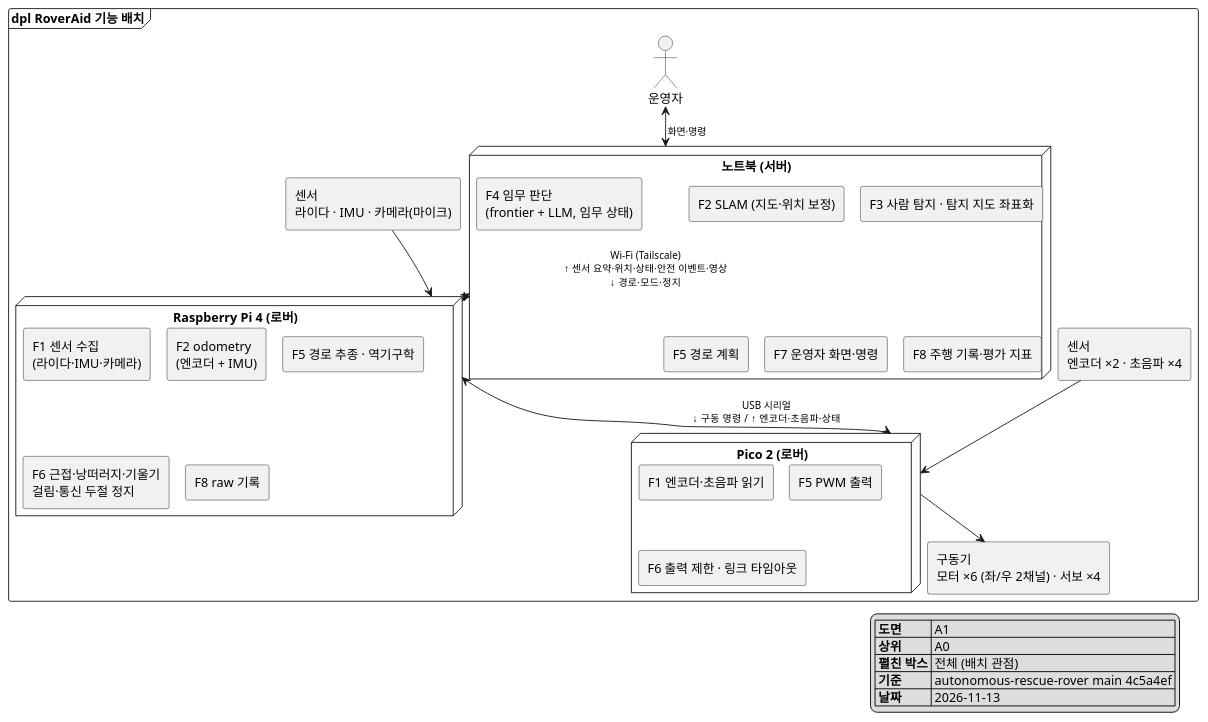
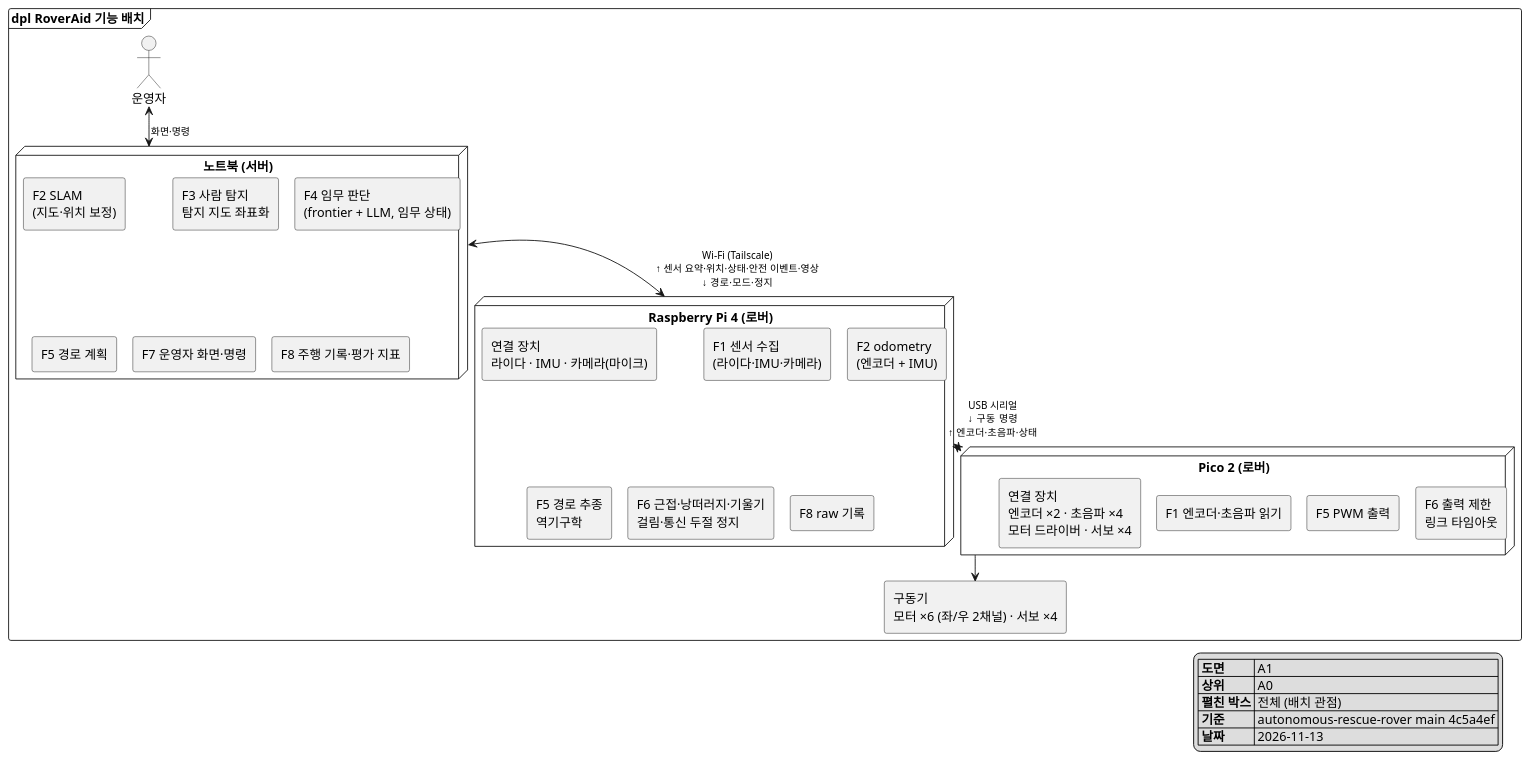
Before and after one commit to Ruysong/autonomous-rescue-rover: the diagram in docs/architecture/A1_allocation.puml, drawn with PlantUML. The commit also changed 5 other files, not shown here.

```diff
--- a/docs/architecture/A1_allocation.puml
+++ b/docs/architecture/A1_allocation.puml
@@ -1,53 +1,65 @@
 @startuml A1_allocation
 !pragma layout smetana
 skinparam monochrome true
 skinparam shadowing false
 skinparam defaultFontName "Malgun Gothic"
 skinparam ArrowFontSize 11
+top to bottom direction
 
 frame "dpl RoverAid 기능 배치" {
   actor "운영자" as OP
 
   node "노트북 (서버)" as LAP {
-    rectangle "F2 SLAM (지도·위치 보정)" as L2
-    rectangle "F3 사람 탐지 · 탐지 지도 좌표화" as L3
+    rectangle "F2 SLAM\n(지도·위치 보정)" as L2
+    rectangle "F3 사람 탐지\n탐지 지도 좌표화" as L3
     rectangle "F4 임무 판단\n(frontier + LLM, 임무 상태)" as L4
     rectangle "F5 경로 계획" as L5
     rectangle "F7 운영자 화면·명령" as L7
     rectangle "F8 주행 기록·평가 지표" as L8
+    L2 -[hidden]right- L3
+    L3 -[hidden]right- L4
+    L2 -[hidden]down- L5
+    L5 -[hidden]right- L7
+    L7 -[hidden]right- L8
   }
 
   node "Raspberry Pi 4 (로버)" as PI {
+    rectangle "연결 장치\n라이다 · IMU · 카메라(마이크)" as PD
     rectangle "F1 센서 수집\n(라이다·IMU·카메라)" as P1
     rectangle "F2 odometry\n(엔코더 + IMU)" as P2
-    rectangle "F5 경로 추종 · 역기구학" as P5
+    rectangle "F5 경로 추종\n역기구학" as P5
     rectangle "F6 근접·낭떠러지·기울기\n걸림·통신 두절 정지" as P6
     rectangle "F8 raw 기록" as P8
+    PD -[hidden]right- P1
+    P1 -[hidden]right- P2
+    PD -[hidden]down- P5
+    P5 -[hidden]right- P6
+    P6 -[hidden]right- P8
   }
 
   node "Pico 2 (로버)" as PICO {
+    rectangle "연결 장치\n엔코더 ×2 · 초음파 ×4\n모터 드라이버 · 서보 ×4" as CD
     rectangle "F1 엔코더·초음파 읽기" as C1
     rectangle "F5 PWM 출력" as C5
-    rectangle "F6 출력 제한 · 링크 타임아웃" as C6
+    rectangle "F6 출력 제한\n링크 타임아웃" as C6
+    CD -[hidden]right- C1
+    C1 -[hidden]right- C5
+    C5 -[hidden]right- C6
   }
 
-  rectangle "센서\n라이다 · IMU · 카메라(마이크)" as SENS_PI
-  rectangle "센서\n엔코더 ×2 · 초음파 ×4" as SENS_PICO
   rectangle "구동기\n모터 ×6 (좌/우 2채널) · 서보 ×4" as ACT
 
-  OP <--> LAP : 화면·명령
-  LAP <--> PI : Wi-Fi (Tailscale)\n↑ 센서 요약·위치·상태·안전 이벤트·영상\n↓ 경로·모드·정지
-  PI <--> PICO : USB 시리얼\n↓ 구동 명령 / ↑ 엔코더·초음파·상태
-  SENS_PI --> PI
-  SENS_PICO --> PICO
-  PICO --> ACT
+  OP <-down-> LAP : 화면·명령
+  LAP <-down-> PI : Wi-Fi (Tailscale)\n↑ 센서 요약·위치·상태·안전 이벤트·영상\n↓ 경로·모드·정지
+  PI <-down-> PICO : USB 시리얼\n↓ 구동 명령\n↑ 엔코더·초음파·상태
+  PICO -down-> ACT
 }
 
 legend bottom right
   |= 도면 | A1 |
   |= 상위 | A0 |
   |= 펼친 박스 | 전체 (배치 관점) |
   |= 기준 | autonomous-rescue-rover main 4c5a4ef |
   |= 날짜 | 2026-11-13 |
 endlegend
 @enduml
```
